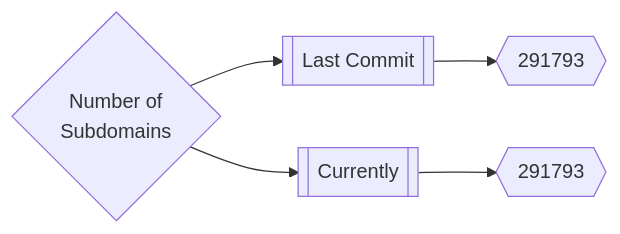
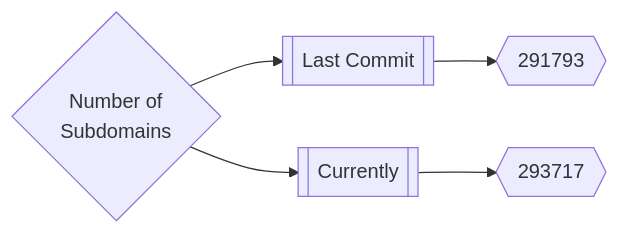
One commit to trickest/inventory changed the first of 3 diagrams in README.md. Above: the diagram before and after it, drawn with Mermaid. The commit also changed other lines of this file and 121 other files, not shown here.

````diff
--- a/README.md
+++ b/README.md
@@ -165,5 +165,5 @@
 ```mermaid
 graph LR
 title{Number of<br>Subdomains} --> subdomainsDate1[[Last Commit]] --> subdomainsNum1{{291793}}
-title --> subdomainsDate2[[Currently]] --> subdomainsNum2{{291793}}
+title --> subdomainsDate2[[Currently]] --> subdomainsNum2{{293717}}
 ```
````
